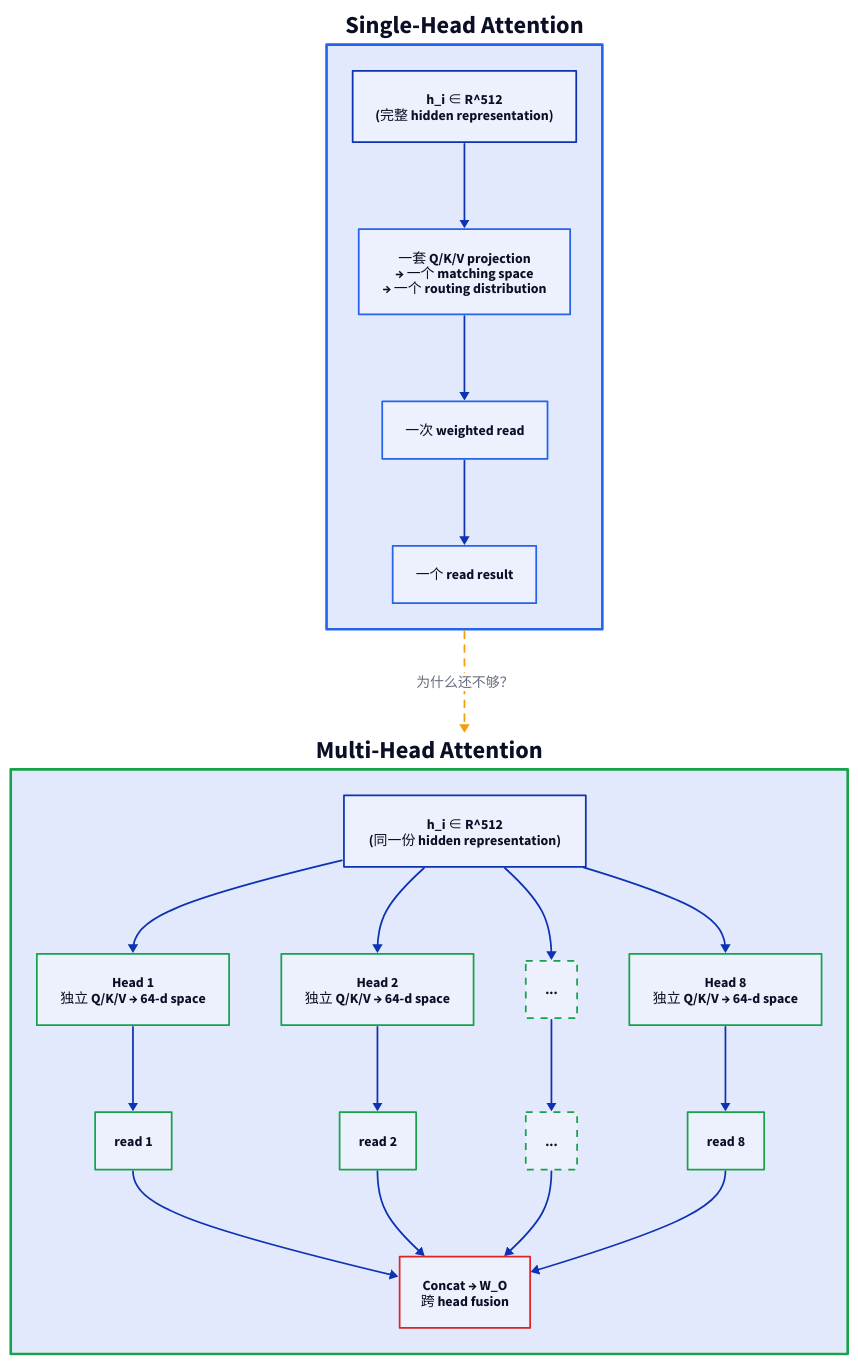
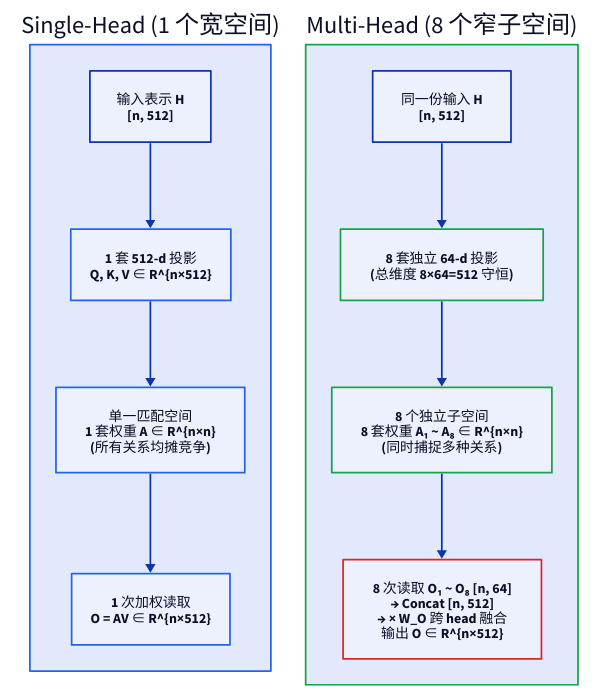
One commit to 111qqz/111qqz.github.io changed the diagram in images/multi-head-attention/single-vs-multi-routing.d2. Above: the diagram before and after it, drawn with D2. The commit also changed 3 other files, not shown here.

Commit message:
fix: 重构 Single-Head 与 Multi-Head 对比图为紧凑左右分栏布局，放大字号并增强可读性 111qqz/hugo-blog@8f4da0074f48eacd60445dfd065221cc186c03c9

```diff
--- a/images/multi-head-attention/single-vs-multi-routing.d2
+++ b/images/multi-head-attention/single-vs-multi-routing.d2
@@ -1,89 +1,53 @@
 direction: down
 
-single: "Single-Head Attention" {
-  style.bold: true
-  style.stroke-width: 3
+single: "Single-Head (1 个宽空间)" {
   style.stroke: "#2563eb"
+  style.stroke-width: 2
 
-  input: "h_i ∈ R^512\n(完整 hidden representation)" {
+  in: "输入表示 H\n[n, 512]" {
     style.bold: true
   }
 
-  space: "一套 Q/K/V projection\n→ 一个 matching space\n→ 一个 routing distribution" {
+  proj: "1 套 512-d 投影\nQ, K, V ∈ R^{n×512}" {
+    style.stroke: "#2563eb"
+  }
+
+  routing: "单一匹配空间\n1 套权重 A ∈ R^{n×n}\n(所有关系均摊竞争)" {
     style.stroke: "#2563eb"
     style.stroke-width: 2
-  }
-
-  read: "一次 weighted read" {
-    style.stroke: "#2563eb"
-    style.stroke-width: 2
-  }
-
-  output: "一个 read result" {
-    style.stroke: "#2563eb"
-    style.stroke-width: 2
-  }
-
-  input -> space
-  space -> read
-  read -> output
-}
-
-multi: "Multi-Head Attention" {
-  style.bold: true
-  style.stroke-width: 3
-  style.stroke: "#16a34a"
-
-  input: "h_i ∈ R^512\n(同一份 hidden representation)" {
     style.bold: true
   }
 
-  h1: "Head 1\n独立 Q/K/V → 64-d space" {
+  read: "1 次加权读取\nO = AV ∈ R^{n×512}" {
+    style.stroke: "#2563eb"
+  }
+
+  in -> proj -> routing -> read
+}
+
+multi: "Multi-Head (8 个窄子空间)" {
+  style.stroke: "#16a34a"
+  style.stroke-width: 2
+
+  in: "同一份输入 H\n[n, 512]" {
+    style.bold: true
+  }
+
+  proj: "8 套独立 64-d 投影\n(总维度 8×64=512 守恒)" {
+    style.stroke: "#16a34a"
+  }
+
+  routing: "8 个独立子空间\n8 套权重 A₁ ~ A₈ ∈ R^{n×n}\n(同时捕捉多种关系)" {
     style.stroke: "#16a34a"
     style.stroke-width: 2
-  }
-  h2: "Head 2\n独立 Q/K/V → 64-d space" {
-    style.stroke: "#16a34a"
-    style.stroke-width: 2
-  }
-  h3: "..." {
-    style.stroke: "#16a34a"
-    style.stroke-dash: 4
-  }
-  h8: "Head 8\n独立 Q/K/V → 64-d space" {
-    style.stroke: "#16a34a"
-    style.stroke-width: 2
+    style.bold: true
   }
 
-  r1: "read 1" { style.stroke: "#16a34a" }
-  r2: "read 2" { style.stroke: "#16a34a" }
-  r3: "..." { style.stroke: "#16a34a"; style.stroke-dash: 4 }
-  r8: "read 8" { style.stroke: "#16a34a" }
-
-  fusion: "Concat → W_O\n跨 head fusion" {
+  fusion: "8 次读取 O₁ ~ O₈ [n, 64]\n→ Concat [n, 512]\n→ × W_O 跨 head 融合\n输出 O ∈ R^{n×512}" {
     style.stroke: "#dc2626"
     style.stroke-width: 2
     style.bold: true
   }
 
-  input -> h1
-  input -> h2
-  input -> h3
-  input -> h8
-
-  h1 -> r1
-  h2 -> r2
-  h3 -> r3
-  h8 -> r8
-
-  r1 -> fusion
-  r2 -> fusion
-  r3 -> fusion
-  r8 -> fusion
+  in -> proj -> routing -> fusion
 }
-
-single -> multi: "为什么还不够？" {
-  style.stroke-dash: 4
-  style.stroke: "#f59e0b"
-  style.bold: true
-}
```
